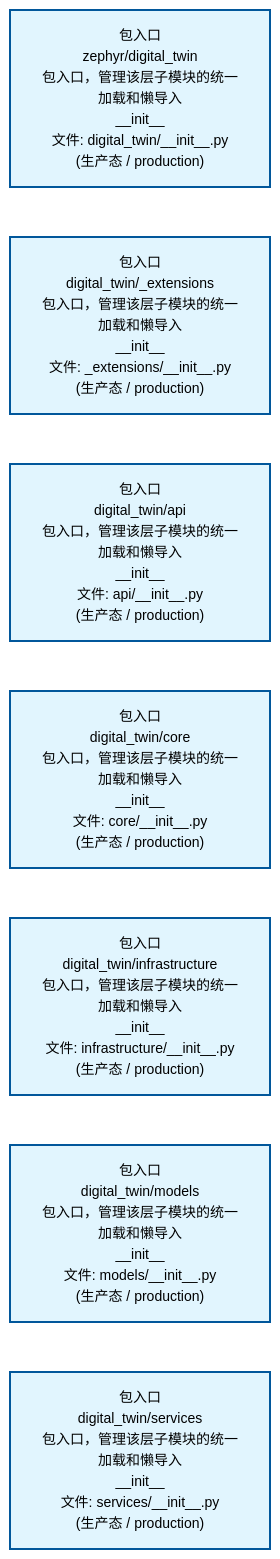
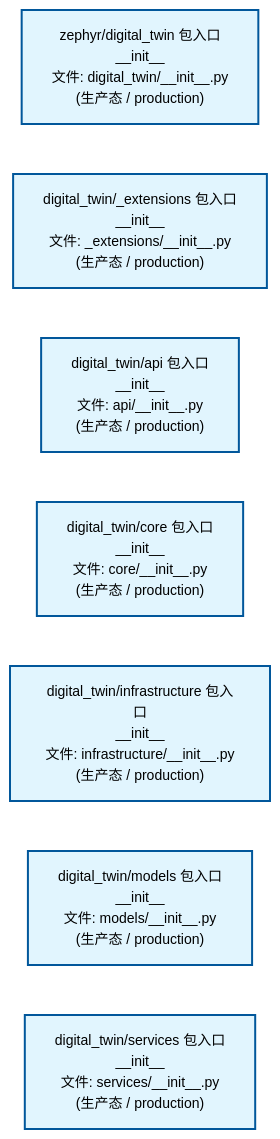
Before and after one commit to xuanFelixVan/ZephyrAlpha: the first of 2 diagrams in docs/02_enterprise_architecture/02_domain_architecture_docs/42_d_digital_twin.md, drawn with Mermaid. The commit also changed other lines of this file and 61 other files, not shown here.

````diff
--- a/docs/02_enterprise_architecture/02_domain_architecture_docs/42_d_digital_twin.md
+++ b/docs/02_enterprise_architecture/02_domain_architecture_docs/42_d_digital_twin.md
@@ -53,22 +53,22 @@
 ```mermaid
 %%{init: {'theme': 'base', 'themeVariables': {'primaryColor': '#eaeaea', 'primaryTextColor': '#333333', 'primaryBorderColor': '#666666', 'lineColor': '#666666', 'secondaryColor': '#eaeaea', 'tertiaryColor': '#eaeaea', 'fontSize': '14px'}}}%%
 flowchart TD
-    src_zephyr_digital_twin_init_py["包入口<br/>zephyr/digital_twin<br/>包入口，管理该层子模块的统一加载和懒导入<br/>__init__<br/>文件: digital_twin/__init__.py<br/>(生产态 / production)"]
-    src_zephyr_digital_twin_extensions_init_py["包入口<br/>digital_twin/_extensions<br/>包入口，管理该层子模块的统一加载和懒导入<br/>__init__<br/>文件: _extensions/__init__.py<br/>(生产态 / production)"]
-    src_zephyr_digital_twin_api_init_py["包入口<br/>digital_twin/api<br/>包入口，管理该层子模块的统一加载和懒导入<br/>__init__<br/>文件: api/__init__.py<br/>(生产态 / production)"]
-    src_zephyr_digital_twin_core_init_py["包入口<br/>digital_twin/core<br/>包入口，管理该层子模块的统一加载和懒导入<br/>__init__<br/>文件: core/__init__.py<br/>(生产态 / production)"]
-    src_zephyr_digital_twin_infrastructure_init_py["包入口<br/>digital_twin/infrastructure<br/>包入口，管理该层子模块的统一加载和懒导入<br/>__init__<br/>文件: infrastructure/__init__.py<br/>(生产态 / production)"]
-    src_zephyr_digital_twin_models_init_py["包入口<br/>digital_twin/models<br/>包入口，管理该层子模块的统一加载和懒导入<br/>__init__<br/>文件: models/__init__.py<br/>(生产态 / production)"]
-    src_zephyr_digital_twin_services_init_py["包入口<br/>digital_twin/services<br/>包入口，管理该层子模块的统一加载和懒导入<br/>__init__<br/>文件: services/__init__.py<br/>(生产态 / production)"]
+    src_zephyr_digital_twin_init_py["zephyr/digital_twin 包入口<br/>__init__<br/>文件: digital_twin/__init__.py<br/>(生产态 / production)"]
+    src_zephyr_digital_twin_extensions_init_py["digital_twin/_extensions 包入口<br/>__init__<br/>文件: _extensions/__init__.py<br/>(生产态 / production)"]
+    src_zephyr_digital_twin_api_init_py["digital_twin/api 包入口<br/>__init__<br/>文件: api/__init__.py<br/>(生产态 / production)"]
+    src_zephyr_digital_twin_core_init_py["digital_twin/core 包入口<br/>__init__<br/>文件: core/__init__.py<br/>(生产态 / production)"]
+    src_zephyr_digital_twin_infrastructure_init_py["digital_twin/infrastructure 包入口<br/>__init__<br/>文件: infrastructure/__init__.py<br/>(生产态 / production)"]
+    src_zephyr_digital_twin_models_init_py["digital_twin/models 包入口<br/>__init__<br/>文件: models/__init__.py<br/>(生产态 / production)"]
+    src_zephyr_digital_twin_services_init_py["digital_twin/services 包入口<br/>__init__<br/>文件: services/__init__.py<br/>(生产态 / production)"]
     src_zephyr_digital_twin_init_py ~~~ src_zephyr_digital_twin_extensions_init_py
     src_zephyr_digital_twin_extensions_init_py ~~~ src_zephyr_digital_twin_api_init_py
     src_zephyr_digital_twin_api_init_py ~~~ src_zephyr_digital_twin_core_init_py
     src_zephyr_digital_twin_core_init_py ~~~ src_zephyr_digital_twin_infrastructure_init_py
     src_zephyr_digital_twin_infrastructure_init_py ~~~ src_zephyr_digital_twin_models_init_py
     src_zephyr_digital_twin_models_init_py ~~~ src_zephyr_digital_twin_services_init_py
     classDef production fill:#e1f5fe,stroke:#01579b,stroke-width:2px,color:#000
     classDef design fill:#fff3e0,stroke:#e65100,stroke-width:2px,color:#000,stroke-dasharray: 5 5
     classDef external_prod fill:#e8f4fd,stroke:#0277bd,stroke-width:1px,color:#000
     classDef external_design fill:#fff8e7,stroke:#ef6c00,stroke-width:1px,color:#000,stroke-dasharray: 5 5
     class src_zephyr_digital_twin_init_py,src_zephyr_digital_twin_extensions_init_py,src_zephyr_digital_twin_api_init_py,src_zephyr_digital_twin_core_init_py,src_zephyr_digital_twin_infrastructure_init_py,src_zephyr_digital_twin_models_init_py,src_zephyr_digital_twin_services_init_py production
 ```
````
